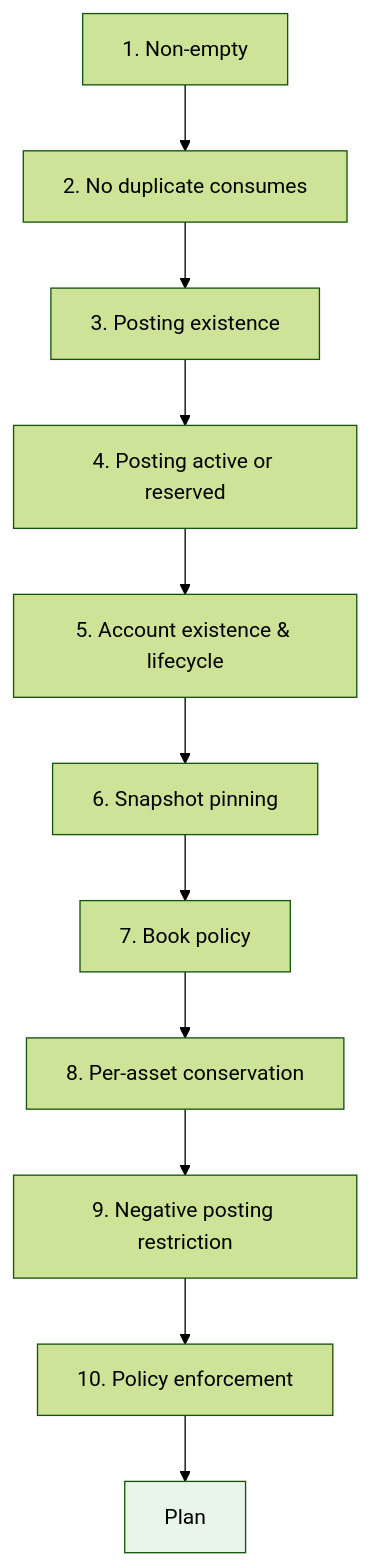
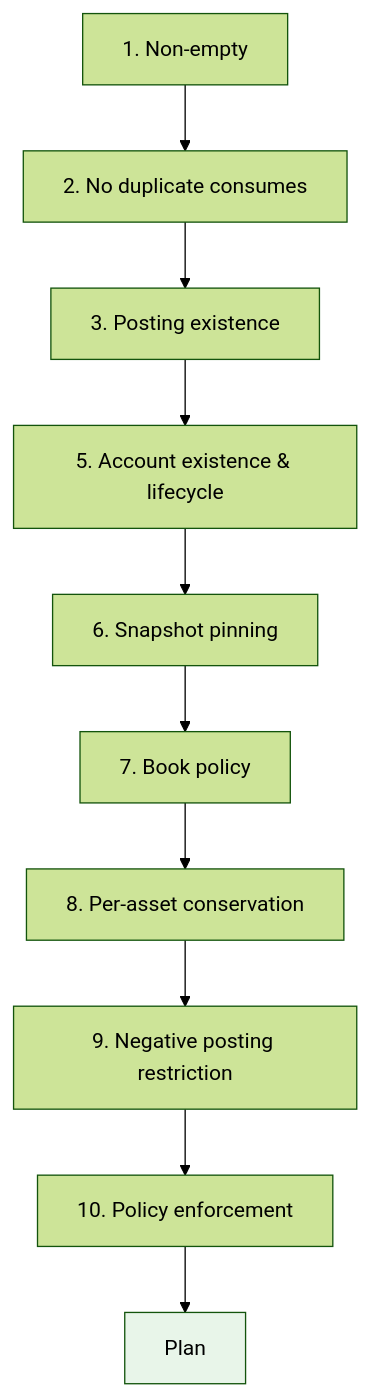
One commit to crodas/kuatia changed the first of 4 diagrams in doc/crates.md. Above: the diagram before and after it, drawn with Mermaid (forest theme). The commit also changed other lines of this file and 6 other files, not shown here.

````diff
--- a/doc/crates.md
+++ b/doc/crates.md
@@ -47,14 +48,13 @@
 ```mermaid
 graph TD
     A[1. Non-empty] --> B[2. No duplicate consumes]
     B --> C[3. Posting existence]
-    C --> D[4. Posting active or reserved]
-    D --> E[5. Account existence & lifecycle]
+    C --> E[5. Account existence & lifecycle]
     E --> F[6. Snapshot pinning]
     F --> BP[7. Book policy]
     BP --> G[8. Per-asset conservation]
     G --> H[9. Negative posting restriction]
     H --> J[10. Policy enforcement]
     J --> I[Plan]
     style I fill:#e8f5e9
 ```
````
